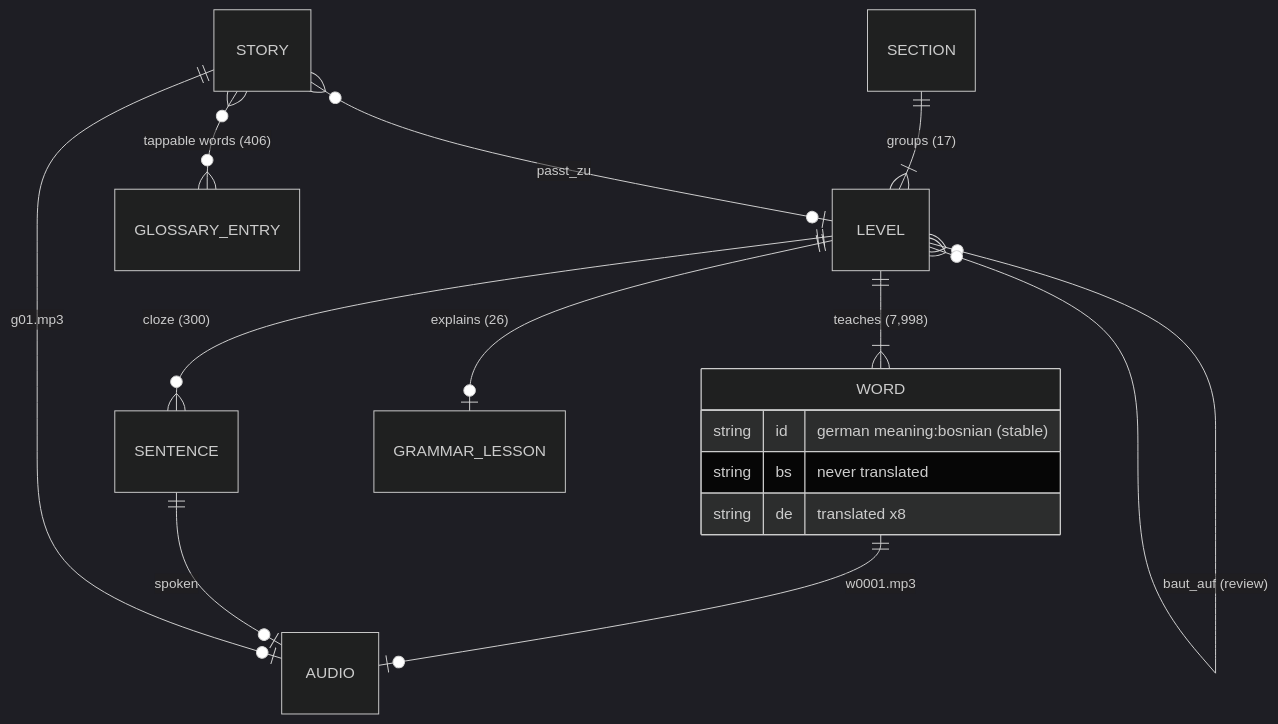
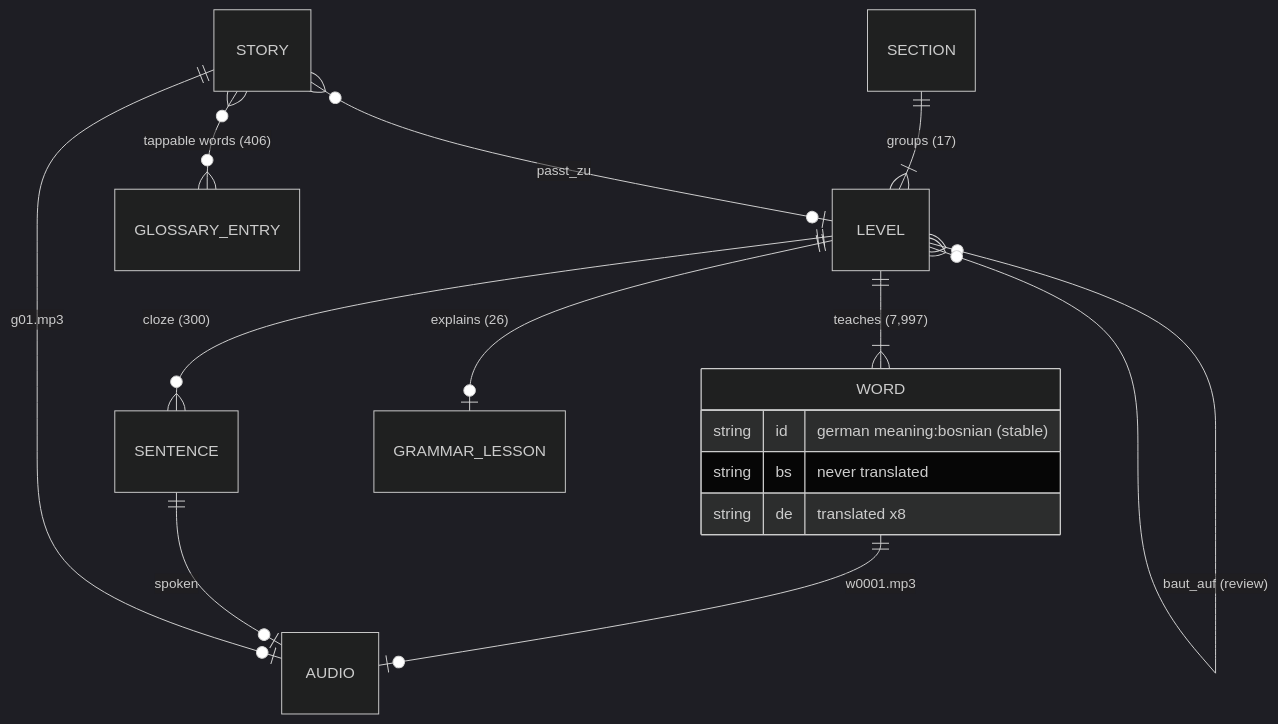
The second of 3 diagrams in docs/ARCHITECTURE.md (zmaj-lernapp/zmaj), drawn with Mermaid (dark theme) before and after one commit. The commit also changed 50 other files, not shown here.

````diff
--- a/docs/ARCHITECTURE.md
+++ b/docs/ARCHITECTURE.md
@@ -54,18 +54,18 @@
 ```mermaid
 erDiagram
   SECTION ||--|{ LEVEL : "groups (17)"
-  LEVEL ||--|{ WORD : "teaches (7,998)"
+  LEVEL ||--|{ WORD : "teaches (7,997)"
   LEVEL ||--o{ SENTENCE : "cloze (300)"
   LEVEL ||--o| GRAMMAR_LESSON : "explains (26)"
   LEVEL }o--o{ LEVEL : "baut_auf (review)"
   STORY }o--o| LEVEL : "passt_zu"
   STORY }o--o{ GLOSSARY_ENTRY : "tappable words (406)"
   WORD ||--o| AUDIO : "w0001.mp3"
   SENTENCE ||--o| AUDIO : "spoken"
   STORY ||--o| AUDIO : "g01.mp3"
   WORD {
     string id "german meaning:bosnian (stable)"
     string bs "never translated"
     string de "translated x8"
   }
 ```
````
